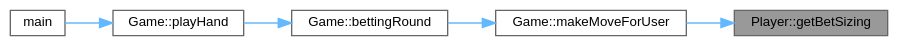
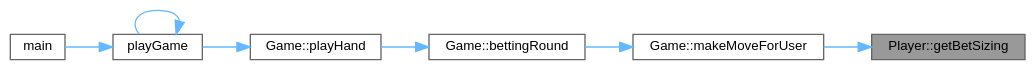
One commit to jesstyrrell/cosc345 changed the diagram in class_player_ae9d26573718b00460800539a32916288_icgraph.dot. Above: the diagram before and after it, drawn with Graphviz. The commit also changed 182 other files, not shown here.

```diff
--- a/class_player_ae9d26573718b00460800539a32916288_icgraph.dot
+++ b/class_player_ae9d26573718b00460800539a32916288_icgraph.dot
@@ -1,18 +1,21 @@
 digraph "Player::getBetSizing"
 {
  // INTERACTIVE_SVG=YES
  // LATEX_PDF_SIZE
   bgcolor="transparent";
   edge [fontname=Helvetica,fontsize=10,labelfontname=Helvetica,labelfontsize=10];
   node [fontname=Helvetica,fontsize=10,shape=box,height=0.2,width=0.4];
   rankdir="RL";
   Node1 [id="Node000001",label="Player::getBetSizing",height=0.2,width=0.4,color="gray40", fillcolor="grey60", style="filled", fontcolor="black",tooltip="Gets the player's bet sizing during their turn."];
   Node1 -> Node2 [id="edge1_Node000001_Node000002",dir="back",color="steelblue1",style="solid",tooltip=" "];
   Node2 [id="Node000002",label="Game::makeMoveForUser",height=0.2,width=0.4,color="grey40", fillcolor="white", style="filled",URL="$class_game.html#a1a44850a64799e17f43f22b560275157",tooltip="Processes a move made by the user."];
   Node2 -> Node3 [id="edge2_Node000002_Node000003",dir="back",color="steelblue1",style="solid",tooltip=" "];
   Node3 [id="Node000003",label="Game::bettingRound",height=0.2,width=0.4,color="grey40", fillcolor="white", style="filled",URL="$class_game.html#a0de5cbe2125b0929a0bc8d2e6cdd64d5",tooltip="Conducts a betting round."];
   Node3 -> Node4 [id="edge3_Node000003_Node000004",dir="back",color="steelblue1",style="solid",tooltip=" "];
   Node4 [id="Node000004",label="Game::playHand",height=0.2,width=0.4,color="grey40", fillcolor="white", style="filled",URL="$class_game.html#ab72401c43b303a37dec67f3d6b75a927",tooltip="Plays a single hand of poker."];
   Node4 -> Node5 [id="edge4_Node000004_Node000005",dir="back",color="steelblue1",style="solid",tooltip=" "];
-  Node5 [id="Node000005",label="main",height=0.2,width=0.4,color="grey40", fillcolor="white", style="filled",URL="$main_8cpp.html#a0ddf1224851353fc92bfbff6f499fa97",tooltip=" "];
+  Node5 [id="Node000005",label="playGame",height=0.2,width=0.4,color="grey40", fillcolor="white", style="filled",URL="$main_8cpp.html#a4cbfdb17bf51e00546880626f7e80429",tooltip=" "];
+  Node5 -> Node6 [id="edge5_Node000005_Node000006",dir="back",color="steelblue1",style="solid",tooltip=" "];
+  Node6 [id="Node000006",label="main",height=0.2,width=0.4,color="grey40", fillcolor="white", style="filled",URL="$main_8cpp.html#a0ddf1224851353fc92bfbff6f499fa97",tooltip=" "];
+  Node5 -> Node5 [id="edge6_Node000005_Node000005",dir="back",color="steelblue1",style="solid",tooltip=" "];
 }
```
